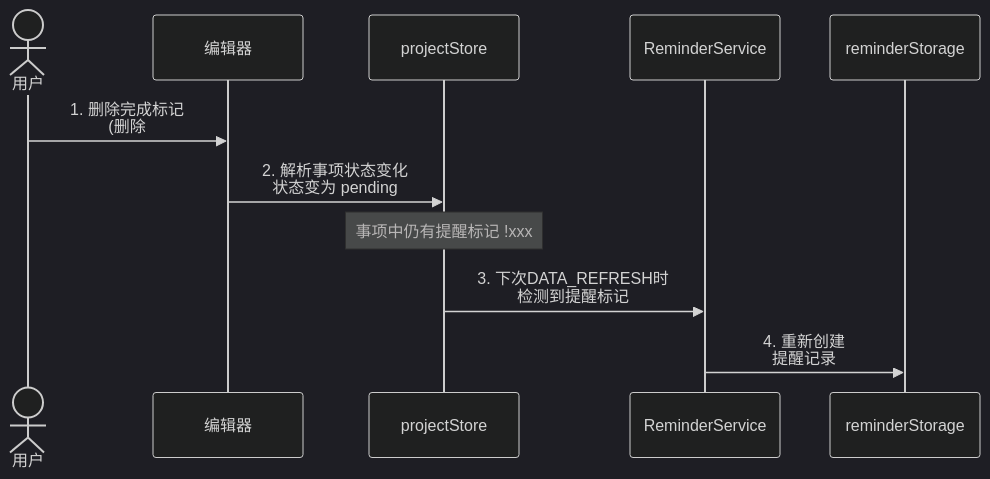
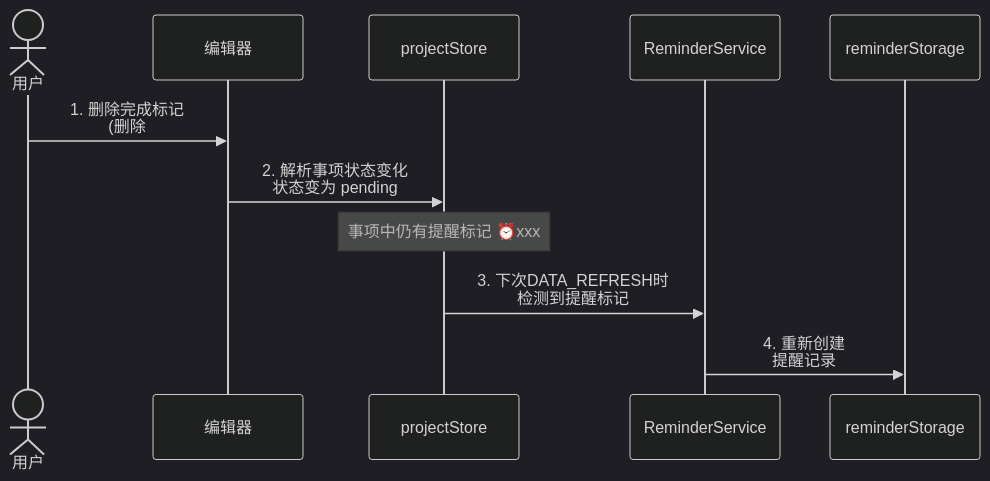
Before and after one commit to MoonBottle/siyuan-plugin-bullet-journal: the fourth of 6 diagrams in docs/prd/reminder.md, drawn with Mermaid (dark theme). The commit also changed other lines of this file and 1 other file, not shown here.

````diff
--- a/docs/prd/reminder.md
+++ b/docs/prd/reminder.md
@@ -245,14 +244,14 @@
 ```mermaid
 sequenceDiagram
     actor U as 用户
     participant E as 编辑器
     participant PS as projectStore
     participant RS as ReminderService
     participant ST as reminderStorage
 
     U->>E: 1. 删除完成标记<br/>(删除#已完成)
     E->>PS: 2. 解析事项状态变化<br/>状态变为 pending
-    Note over PS: 事项中仍有提醒标记 !xxx
+    Note over PS: 事项中仍有提醒标记 ⏰xxx
     PS->>RS: 3. 下次DATA_REFRESH时<br/>检测到提醒标记
     RS->>ST: 4. 重新创建<br/>提醒记录
 ```
````
